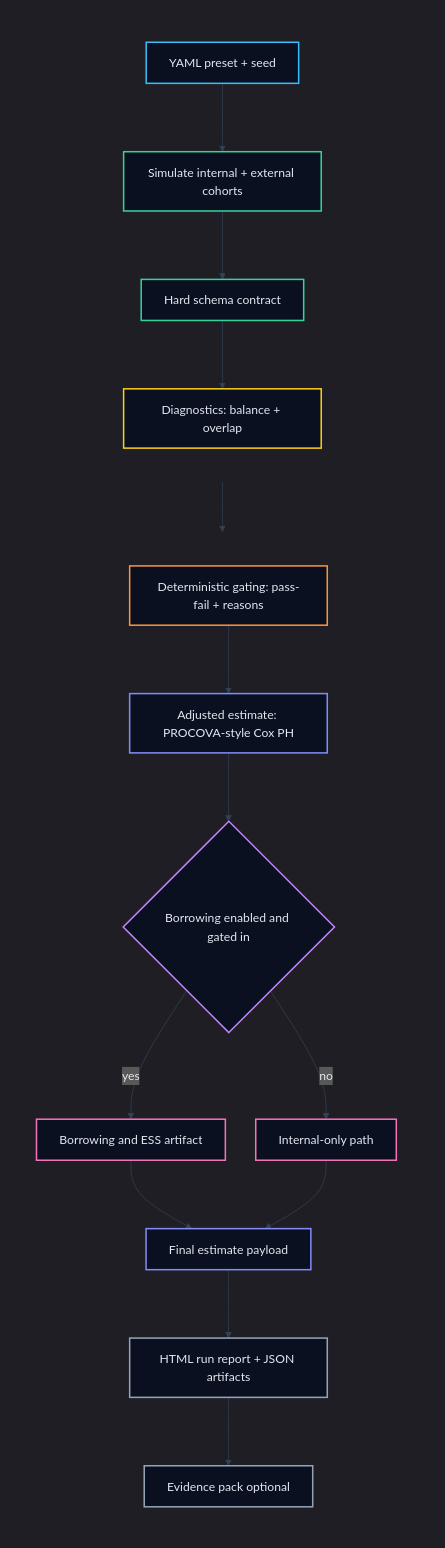
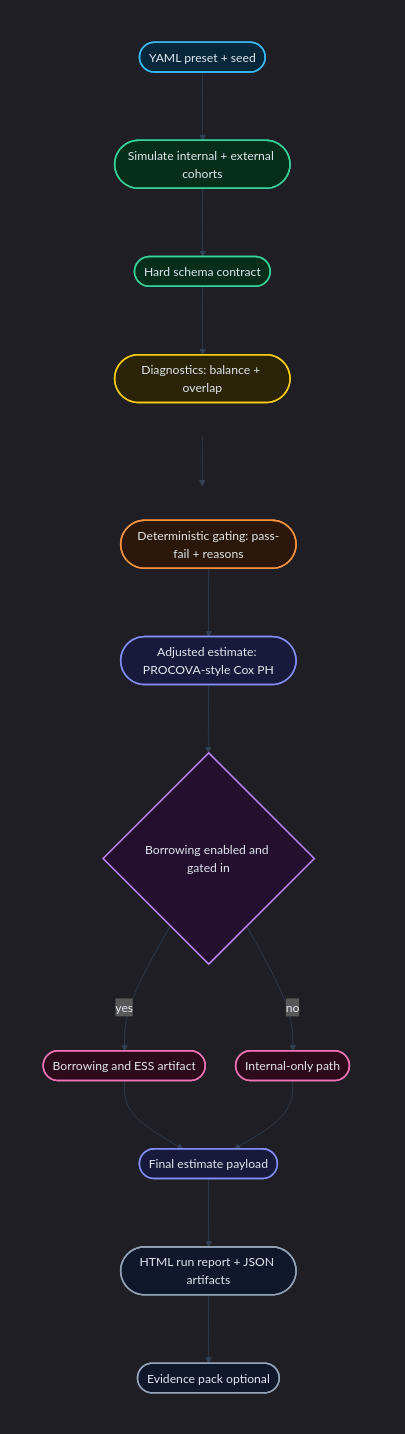
One commit to RumaizaNorova/Twintafo_Synth_Data_Gen_Documentation changed the diagram in README.md. Above: the diagram before and after it, drawn with Mermaid. The commit also changed other lines of this file, not shown here.

Commit message:
Modified shapes

````diff
--- a/README.md
+++ b/README.md
@@ -22,57 +22,57 @@
 ```mermaid
 %%{init: {"theme":"dark","flowchart":{"nodeSpacing":40,"rankSpacing":65},"themeVariables":{
   "fontSize":"16px",
   "background":"#0b1020",
   "lineColor":"#334155",
   "textColor":"#e2e8f0",
   "primaryColor":"#0b1020",
   "primaryBorderColor":"#334155",
   "clusterBkg":"transparent",
   "clusterBorder":"#1f2937"
 }}}%%
 
 flowchart TB
   %% Two-column snake layout:
   %% Left column goes top -> down, then connects to top of right column.
 
   subgraph LEFT[ ]
     direction TB
-    A[YAML preset + seed]:::input
-    B[Simulate internal + external cohorts]:::gen
-    C[Hard schema contract]:::gen
-    D[Diagnostics: balance + overlap]:::diag
+    A([YAML preset + seed]):::input
+    B([Simulate internal + external cohorts]):::gen
+    C([Hard schema contract]):::gen
+    D([Diagnostics: balance + overlap]):::diag
   end
 
   subgraph RIGHT[ ]
     direction TB
-    E[Deterministic gating: pass-fail + reasons]:::gate
-    F[Adjusted estimate: PROCOVA-style Cox PH]:::est
+    E([Deterministic gating: pass-fail + reasons]):::gate
+    F([Adjusted estimate: PROCOVA-style Cox PH]):::est
     G{Borrowing enabled and gated in}:::decision
-    H[Borrowing and ESS artifact]:::borrow
-    I[Internal-only path]:::borrow
-    J[Final estimate payload]:::est
-    K[HTML run report + JSON artifacts]:::out
-    L[Evidence pack optional]:::out
+    H([Borrowing and ESS artifact]):::borrow
+    I([Internal-only path]):::borrow
+    J([Final estimate payload]):::est
+    K([HTML run report + JSON artifacts]):::out
+    L([Evidence pack optional]):::out
   end
 
   A --> B --> C --> D
   D --> E
   E --> F --> G
   G -- yes --> H --> J
   G -- no --> I --> J
   J --> K --> L
 
   %% Make section containers transparent (no white boxes)
   style LEFT fill:transparent,stroke:transparent
   style RIGHT fill:transparent,stroke:transparent
 
-  %% Neon-ish blocks on dark background
-  classDef input fill:#0b1020,stroke:#38bdf8,stroke-width:2px,color:#e2e8f0;
-  classDef gen fill:#0b1020,stroke:#34d399,stroke-width:2px,color:#e2e8f0;
-  classDef diag fill:#0b1020,stroke:#facc15,stroke-width:2px,color:#e2e8f0;
-  classDef gate fill:#0b1020,stroke:#fb923c,stroke-width:2px,color:#e2e8f0;
-  classDef est fill:#0b1020,stroke:#818cf8,stroke-width:2px,color:#e2e8f0;
-  classDef decision fill:#0b1020,stroke:#c084fc,stroke-width:2px,color:#e2e8f0;
-  classDef borrow fill:#0b1020,stroke:#f472b6,stroke-width:2px,color:#e2e8f0;
-  classDef out fill:#0b1020,stroke:#94a3b8,stroke-width:2px,color:#e2e8f0;
+  %% Rich filled blocks (GitHub Mermaid does not support true linear gradients)
+  classDef input fill:#06263a,stroke:#38bdf8,stroke-width:2px,color:#e2e8f0;
+  classDef gen fill:#052e1a,stroke:#34d399,stroke-width:2px,color:#e2e8f0;
+  classDef diag fill:#2a2306,stroke:#facc15,stroke-width:2px,color:#e2e8f0;
+  classDef gate fill:#2b1707,stroke:#fb923c,stroke-width:2px,color:#e2e8f0;
+  classDef est fill:#171a3a,stroke:#818cf8,stroke-width:2px,color:#e2e8f0;
+  classDef decision fill:#240f2e,stroke:#c084fc,stroke-width:2px,color:#e2e8f0;
+  classDef borrow fill:#2b0b1a,stroke:#f472b6,stroke-width:2px,color:#e2e8f0;
+  classDef out fill:#0f172a,stroke:#94a3b8,stroke-width:2px,color:#e2e8f0;
 ```
````
